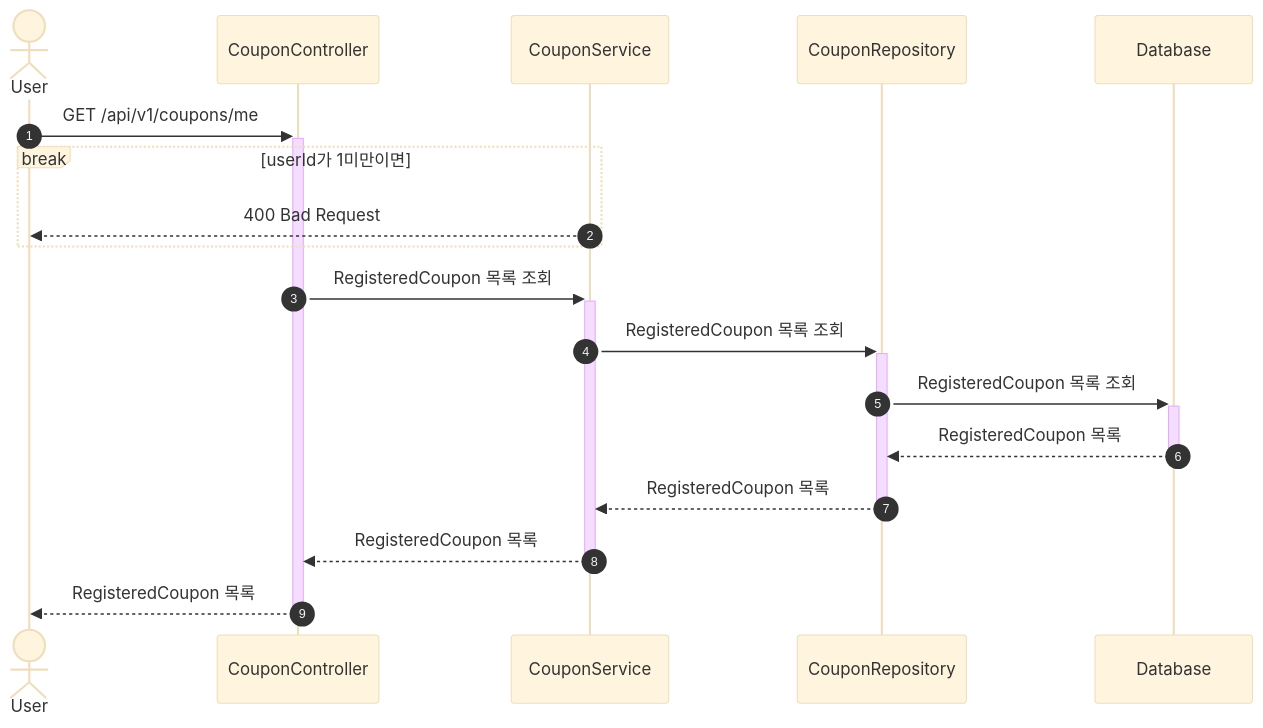
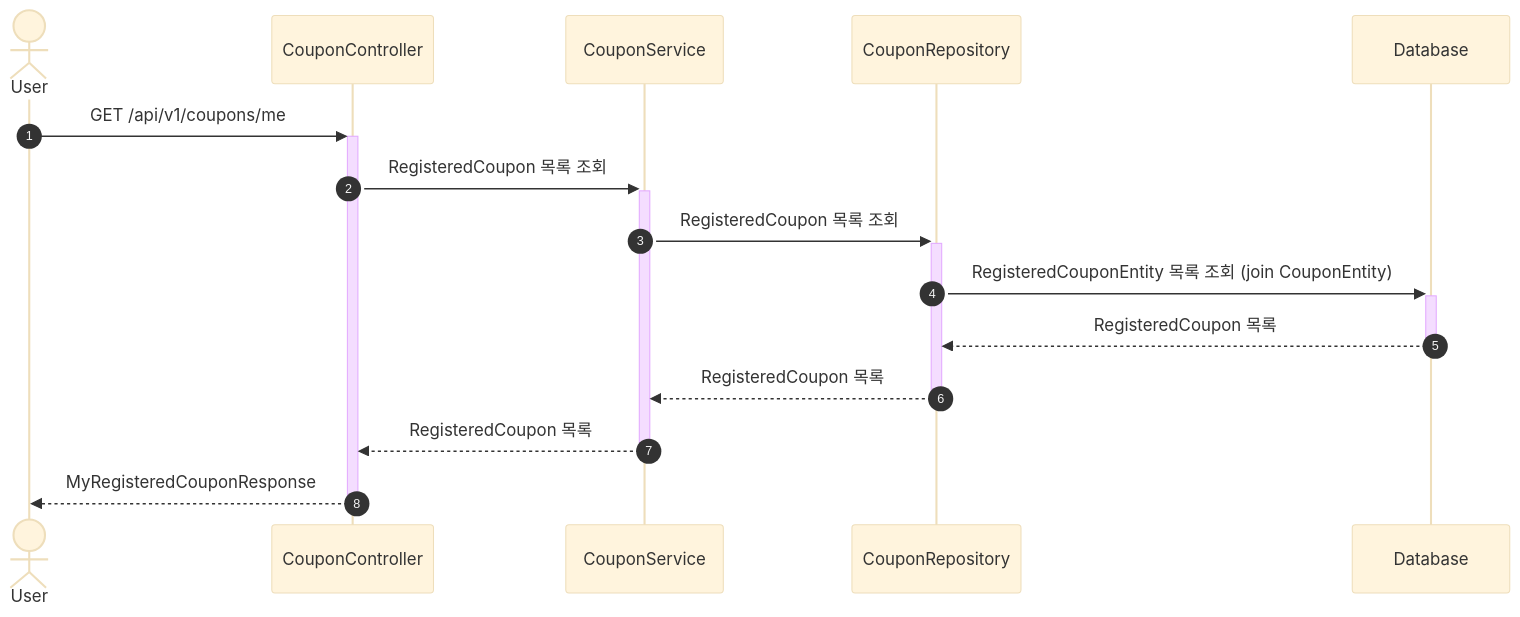
One commit to jsween5723/commerce changed the second of 3 diagrams in docs/coupon/readme.md. Above: the diagram before and after it, drawn with Mermaid (base theme). The commit also changed other lines of this file, not shown here.

Commit message:
docs(sequence): coupon 시퀀스 다이어그램 수정

````diff
--- a/docs/coupon/readme.md
+++ b/docs/coupon/readme.md
@@ -40,20 +49,17 @@
 ```mermaid
 sequenceDiagram
     autonumber
     actor User
     participant CouponController
     participant CouponService
     participant CouponRepository
     participant Database
     User ->>+ CouponController: GET /api/v1/coupons/me
-    break userId가 1미만이면
-        CouponService -->> User: 400 Bad Request
-    end
     CouponController ->>+ CouponService: RegisteredCoupon 목록 조회
     CouponService ->>+ CouponRepository: RegisteredCoupon 목록 조회
-    CouponRepository ->>+ Database: RegisteredCoupon 목록 조회
+    CouponRepository ->>+ Database: RegisteredCouponEntity 목록 조회 (join CouponEntity)
     Database -->>- CouponRepository: RegisteredCoupon 목록
     CouponRepository -->>- CouponService: RegisteredCoupon 목록
     CouponService -->>- CouponController: RegisteredCoupon 목록
-    CouponController -->>- User: RegisteredCoupon 목록
+    CouponController -->>- User: MyRegisteredCouponResponse
 ```
````
